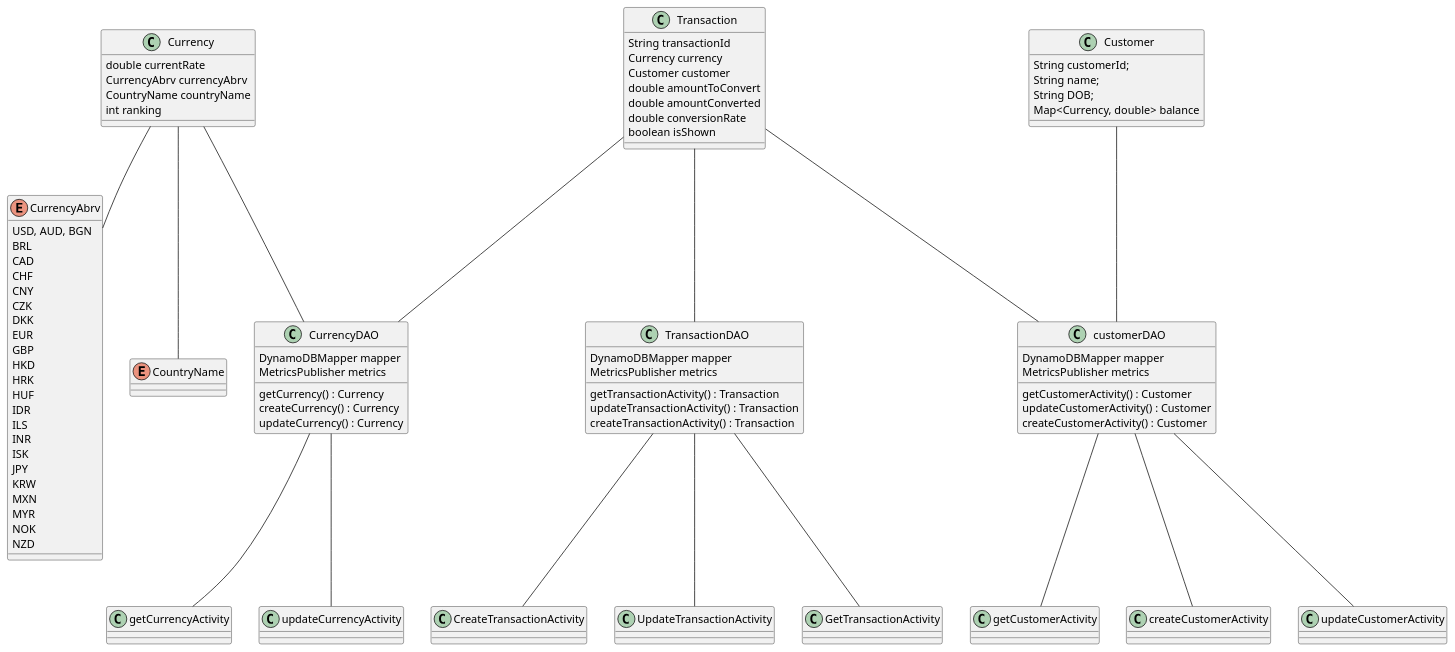
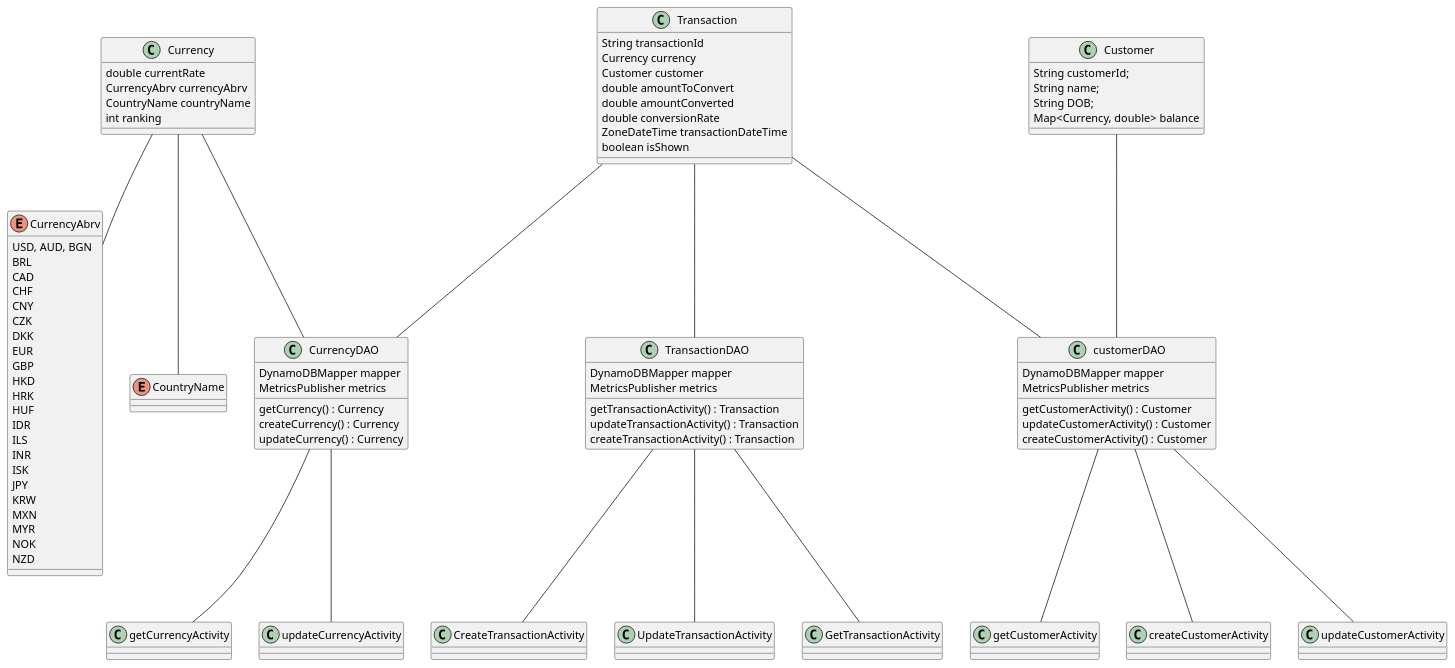
The diagram in resources/currencyConverterCD.puml (MattyOBar/CurrencyPal), drawn with PlantUML before and after one commit. The commit also changed 1 other file, not shown here.

Commit message:
updated transaction and transaction tables to include transactionDateTime

```diff
--- a/resources/currencyConverterCD.puml
+++ b/resources/currencyConverterCD.puml
@@ -1,100 +1,101 @@
 @startuml
 Currency -- CurrencyAbrv
 Transaction -- TransactionDAO
 TransactionDAO -- CreateTransactionActivity
 TransactionDAO -- UpdateTransactionActivity
 TransactionDAO -- GetTransactionActivity
 Currency -- CurrencyDAO
 Transaction -- customerDAO
 Customer -- customerDAO
 customerDAO -- getCustomerActivity
 customerDAO -- createCustomerActivity
 customerDAO -- updateCustomerActivity
 Transaction -- CurrencyDAO
 CurrencyDAO -- getCurrencyActivity
 CurrencyDAO -- updateCurrencyActivity
 Currency -- CountryName
 class Currency {
 double currentRate
 CurrencyAbrv currencyAbrv
 CountryName countryName
 int ranking
 }
 ENUM CountryName{
 
 }
 
 ENUM CurrencyAbrv {
 USD, AUD, BGN
 BRL
 CAD
 CHF
 CNY
 CZK
 DKK
 EUR
 GBP
 HKD
 HRK
 HUF
 IDR
 ILS
 INR
 ISK
 JPY
 KRW
 MXN
 MYR
 NOK
 NZD
 }
 class CurrencyDAO {
 DynamoDBMapper mapper
 MetricsPublisher metrics
 getCurrency() : Currency
 createCurrency() : Currency
 updateCurrency() : Currency
 }
 
 class updateCurrencyActivity{
 }
 class getCurrencyActivity {
 }
 class TransactionDAO {
 DynamoDBMapper mapper
 MetricsPublisher metrics
 getTransactionActivity() : Transaction
 updateTransactionActivity() : Transaction
 createTransactionActivity() : Transaction
 }
 class Transaction {
 String transactionId
 Currency currency
 Customer customer
 double amountToConvert
 double amountConverted
 double conversionRate
+ZoneDateTime transactionDateTime
 boolean isShown
 }
 class UpdateTransactionActivity {
 }
 class CreateTransactionActivity {
 }
 class GetTransactionActivity {
 }
 
 class customerDAO {
 DynamoDBMapper mapper
 MetricsPublisher metrics
 getCustomerActivity() : Customer
 updateCustomerActivity() : Customer
 createCustomerActivity() : Customer
 }
 
 class Customer {
 String customerId;
 String name;
 String DOB;
 Map<Currency, double> balance
 }
 @enduml
```
